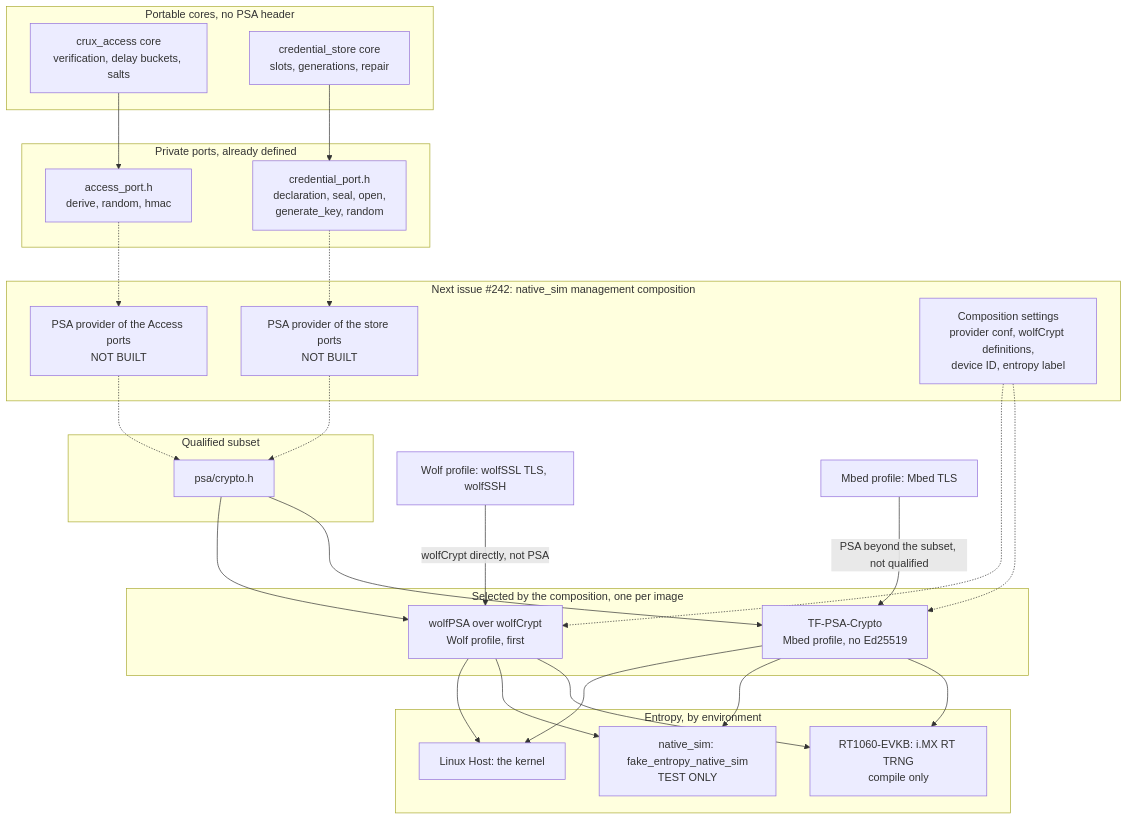
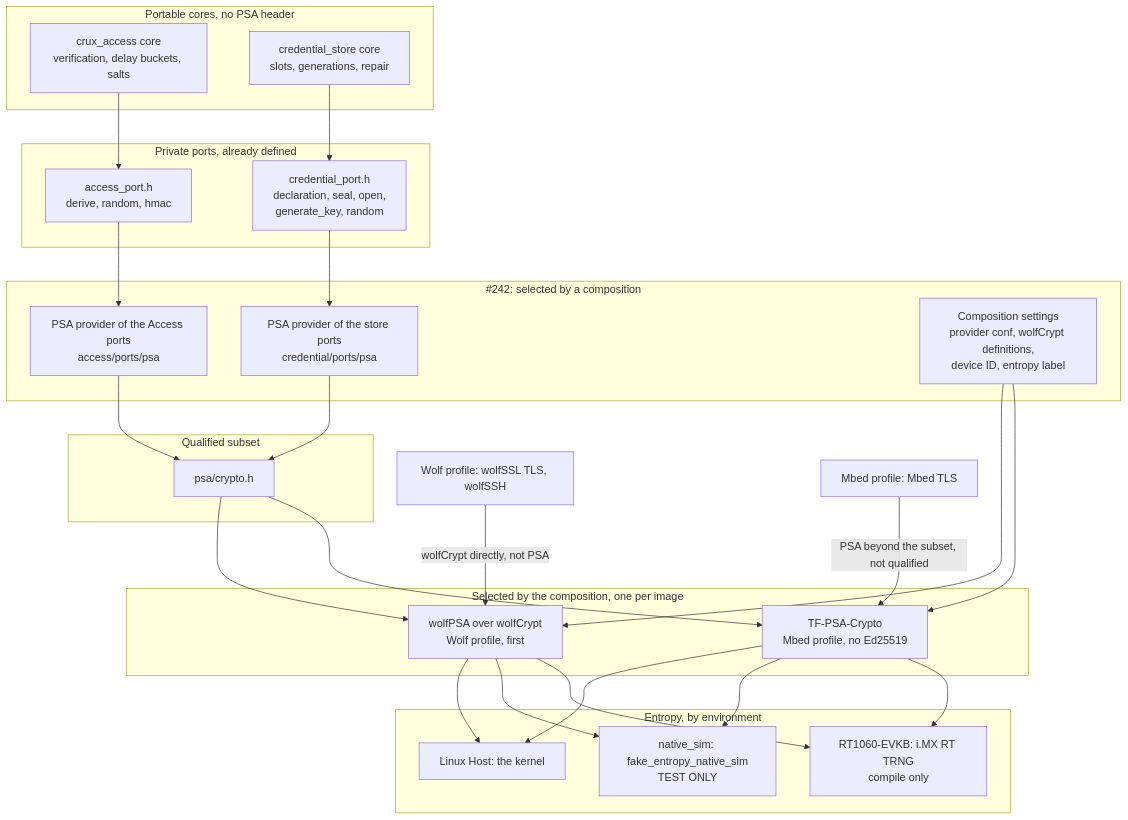
The diagram in docs/psa-crypto-design.md (wonny-labs/crux-pilot), drawn with Mermaid before and after one commit. The commit also changed other lines of this file and 24 other files, not shown here.

````diff
--- a/docs/psa-crypto-design.md
+++ b/docs/psa-crypto-design.md
@@ -30,48 +30,48 @@
 ```mermaid
 flowchart TB
     subgraph consumers["Portable cores, no PSA header"]
         access["crux_access core<br/>verification, delay buckets, salts"]
         store["credential_store core<br/>slots, generations, repair"]
     end
     subgraph ports["Private ports, already defined"]
         accessPort["access_port.h<br/>derive, random, hmac"]
         storePort["credential_port.h<br/>declaration, seal, open,<br/>generate_key, random"]
     end
-    subgraph next["Next issue #242: native_sim management composition"]
-        accessPsa["PSA provider of the Access ports<br/>NOT BUILT"]
-        storePsa["PSA provider of the store ports<br/>NOT BUILT"]
+    subgraph next["#242: selected by a composition"]
+        accessPsa["PSA provider of the Access ports<br/>access/ports/psa"]
+        storePsa["PSA provider of the store ports<br/>credential/ports/psa"]
         compose["Composition settings<br/>provider conf, wolfCrypt definitions,<br/>device ID, entropy label"]
     end
     subgraph api["Qualified subset"]
         psa["psa/crypto.h"]
     end
     subgraph providers["Selected by the composition, one per image"]
         wolf["wolfPSA over wolfCrypt<br/>Wolf profile, first"]
         tf["TF-PSA-Crypto<br/>Mbed profile, no Ed25519"]
     end
     subgraph entropy["Entropy, by environment"]
         host["Linux Host: the kernel"]
         sim["native_sim: fake_entropy_native_sim<br/>TEST ONLY"]
         trng["RT1060-EVKB: i.MX RT TRNG<br/>compile only"]
     end
     wolfTls["Wolf profile: wolfSSL TLS, wolfSSH"]
     mbedTls["Mbed profile: Mbed TLS"]
     access --> accessPort
     store --> storePort
-    accessPort -.-> accessPsa
-    storePort -.-> storePsa
-    accessPsa -.-> psa
-    storePsa -.-> psa
-    compose -.-> wolf
-    compose -.-> tf
+    accessPort --> accessPsa
+    storePort --> storePsa
+    accessPsa --> psa
+    storePsa --> psa
+    compose --> wolf
+    compose --> tf
     psa --> wolf
     psa --> tf
     wolfTls -->|"wolfCrypt directly, not PSA"| wolf
     mbedTls -->|"PSA beyond the subset, not qualified"| tf
     wolf --> host
     wolf --> sim
     wolf --> trng
     tf --> host
     tf --> sim
     tf --> trng
 ```
````
